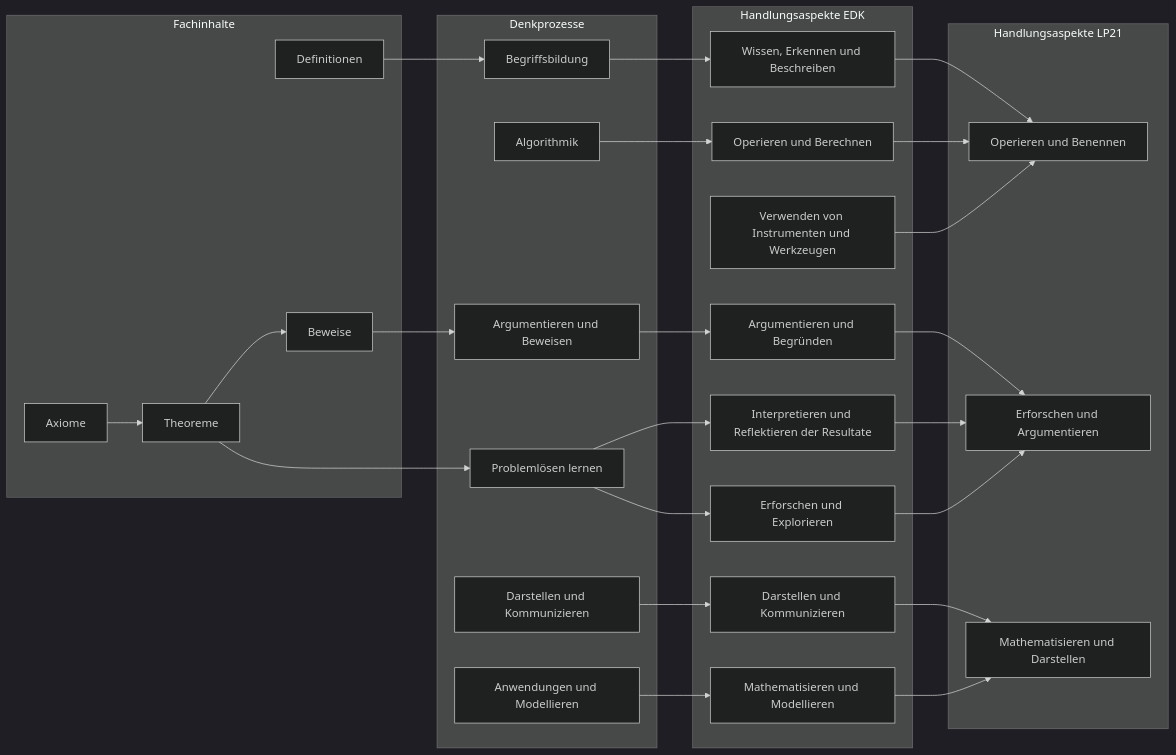
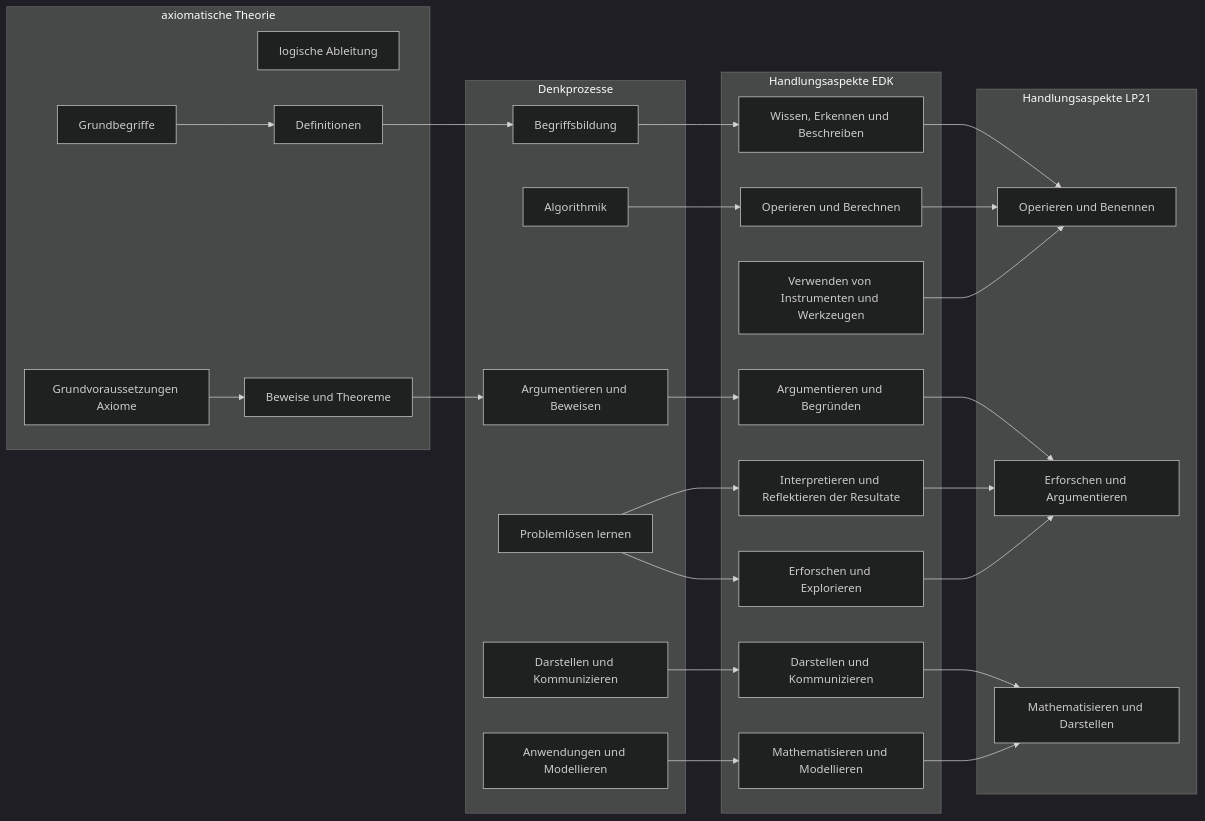
Before and after one commit to PHBern-RConrardy/lerngelegenheiten: the second of 2 diagrams in lerngelegenheiten/LG_math_summative_praes/woche_03.qmd, drawn with Mermaid (dark theme). The commit also changed other lines of this file and 28 other files, not shown here.

````diff
--- a/lerngelegenheiten/LG_math_summative_praes/woche_03.qmd
+++ b/lerngelegenheiten/LG_math_summative_praes/woche_03.qmd
@@ -148,72 +161,75 @@
 ```{mermaid}
 %%| mermaid-format: png
 
-graph LR;
-m1[Theoreme];
+flowchart LR;
+m1[logische Ableitung]
 m2[Definitionen];
-m3[Beweise];
-m4[Axiome];
+m3[Beweise und Theoreme];
+m4[Grundvoraussetzungen Axiome];
+m5[Grundbegriffe];
 
 b1[Begriffsbildung];
 b2[Problemlösen lernen];
 b3[Algorithmik];
 b4[Argumentieren und Beweisen];
 b5[Anwendungen und Modellieren];
 b6[Darstellen und Kommunizieren];
 
 h1[Operieren und Benennen];
 h2[Erforschen und Argumentieren];
 h3[Mathematisieren und Darstellen];
 
 edk1[Wissen, Erkennen und Beschreiben];
 edk2[Operieren und Berechnen];
 edk3[Verwenden von Instrumenten und Werkzeugen];
 edk4[Darstellen und Kommunizieren];
 edk5[Mathematisieren und Modellieren];
 edk6[Argumentieren und Begründen];
 edk7[Interpretieren und Reflektieren der Resultate];
 edk8[Erforschen und Explorieren];
 
 m2-->b1-->edk1-->h1;
 b6-->edk4-->h3;
 m3-->b4-->edk6-->h2;
 b3-->edk2-->h1;
-m1-->b2-->edk7-->h2;
+b2-->edk7-->h2;
 b5-->edk5-->h3;
 edk8-->h2;
 edk3-->h1;
 b2-->edk8;
-m4-->m1-->m3;
+m4-->m3;
+m5-->m2;
 
-subgraph Fachinhalte
-  m1;
+subgraph axiomatische Theorie
   m2;
   m3;
+   m1;
   m4;
+  m5;
 end
 
 subgraph Denkprozesse
   b1;
   b2;
   b3;
   b4;
   b5;
   b6;
 end
 subgraph Handlungsaspekte EDK
   edk1;
   edk2;
   edk3;
   edk4;
   edk5;
   edk6;
   edk7;
   edk8;
 end
 subgraph Handlungsaspekte LP21
   h1;
   h2;
   h3;
 end
 
 ```
````
